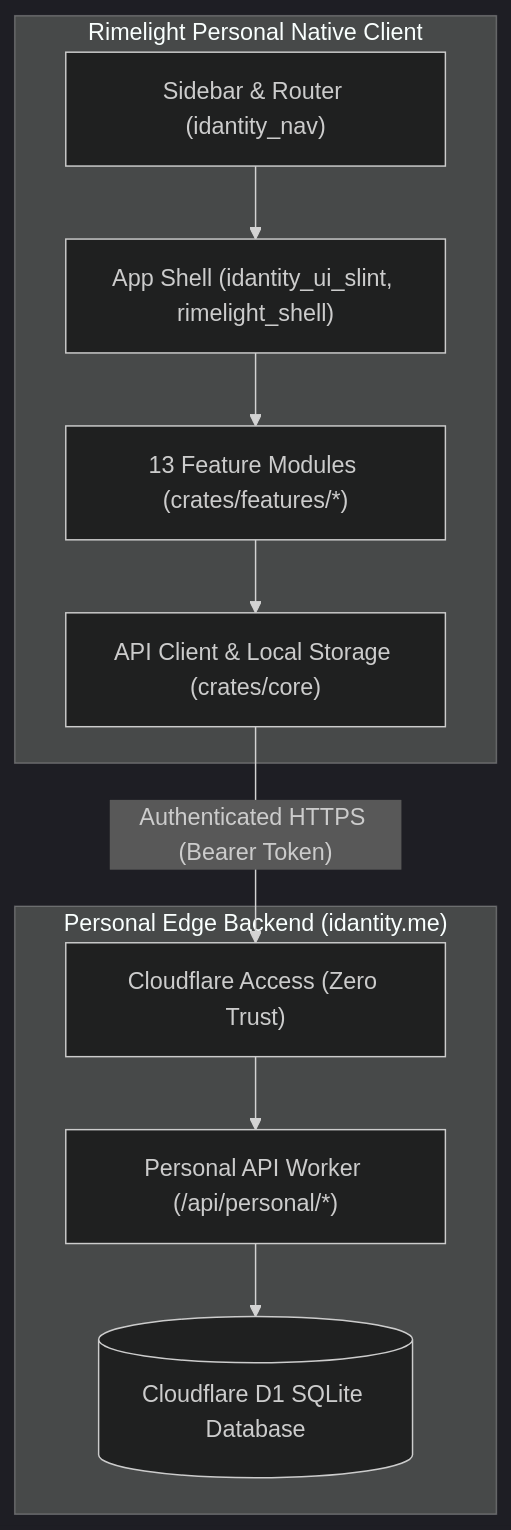
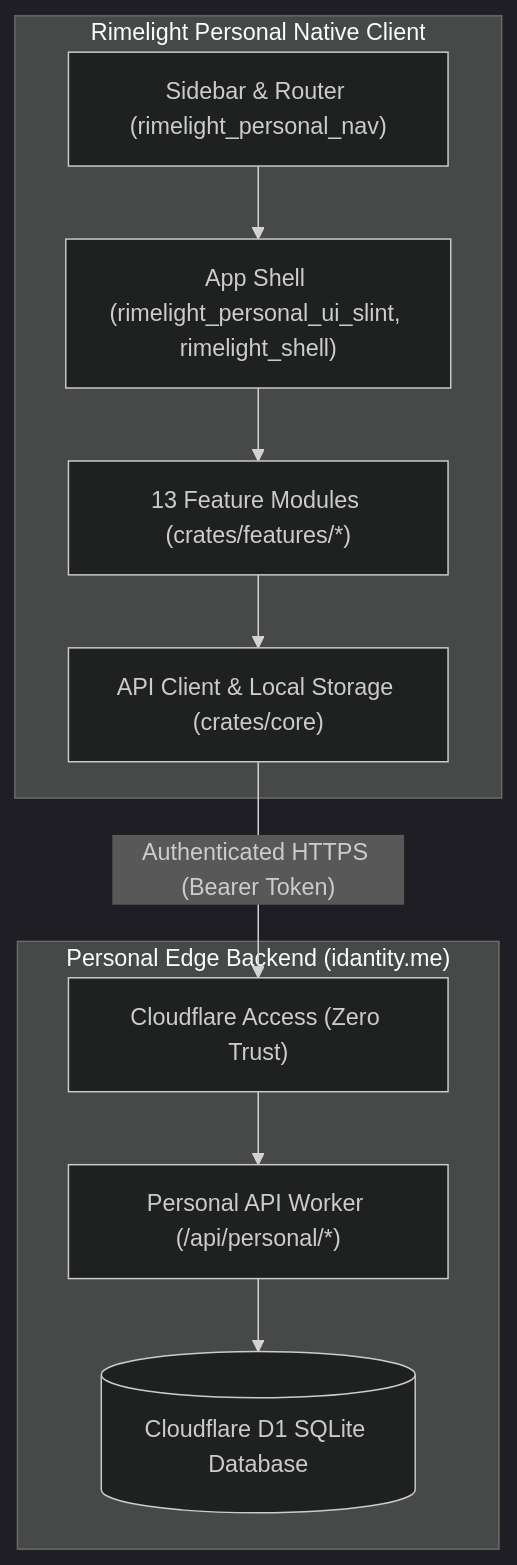
Before and after one commit to Rimelight-Entertainment/rimelight-native: the diagram in apps/rimelight-personal/PROJECT.md, drawn with Mermaid (dark theme). The commit also changed other lines of this file and 138 other files, not shown here.

Commit message:
refactor: renames idantity to rimelight personal

````diff
--- a/apps/rimelight-personal/PROJECT.md
+++ b/apps/rimelight-personal/PROJECT.md
@@ -25,21 +25,21 @@
 ```mermaid
 flowchart TD
     subgraph Client["Rimelight Personal Native Client"]
-        Nav["Sidebar & Router (idantity_nav)"]
-        UI["App Shell (idantity_ui_slint, rimelight_shell)"]
+        Nav["Sidebar & Router (rimelight_personal_nav)"]
+        UI["App Shell (rimelight_personal_ui_slint, rimelight_shell)"]
         Features["13 Feature Modules (crates/features/*)"]
         Core["API Client & Local Storage (crates/core)"]
         Nav --> UI
         UI --> Features
         Features --> Core
     end
 
     subgraph Backend["Personal Edge Backend (idantity.me)"]
         Access["Cloudflare Access (Zero Trust)"]
         Worker["Personal API Worker (/api/personal/*)"]
         D1[(Cloudflare D1 SQLite Database)]
         Access --> Worker --> D1
     end
 
     Core -- "Authenticated HTTPS (Bearer Token)" --> Access
 ```
````
